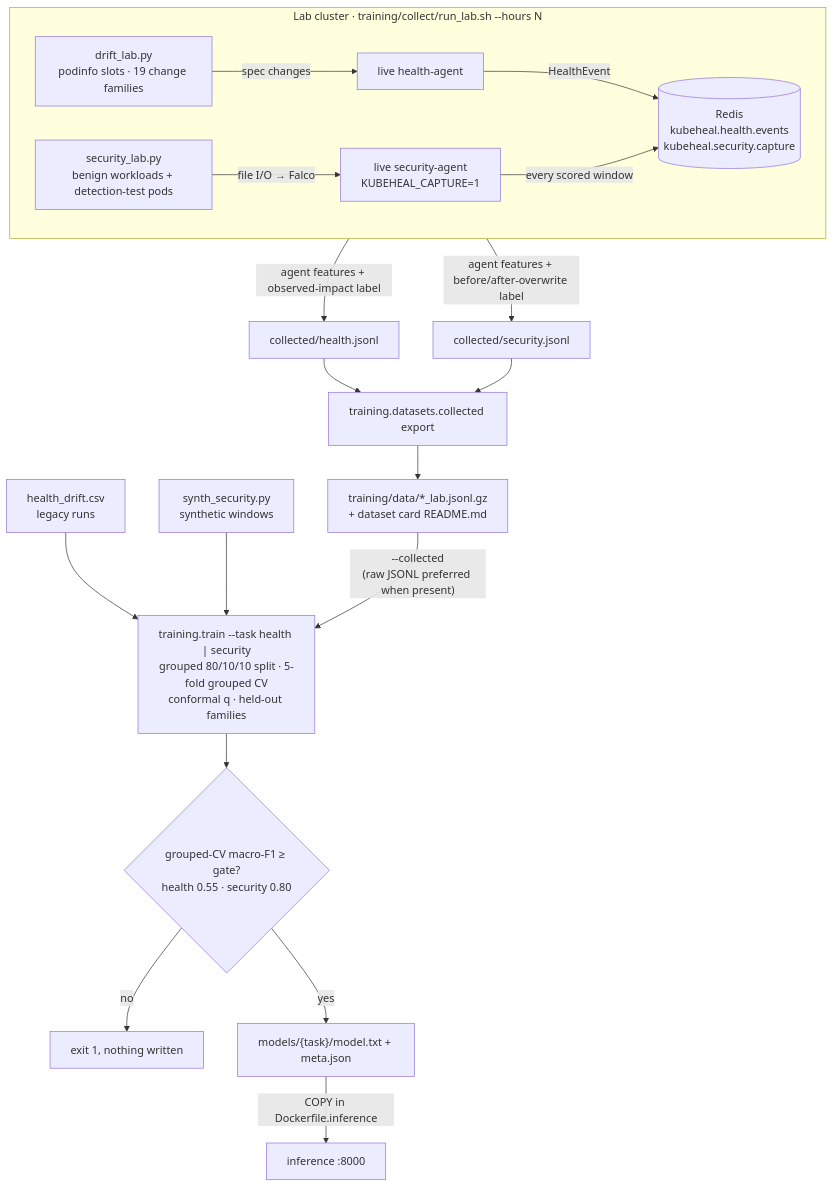
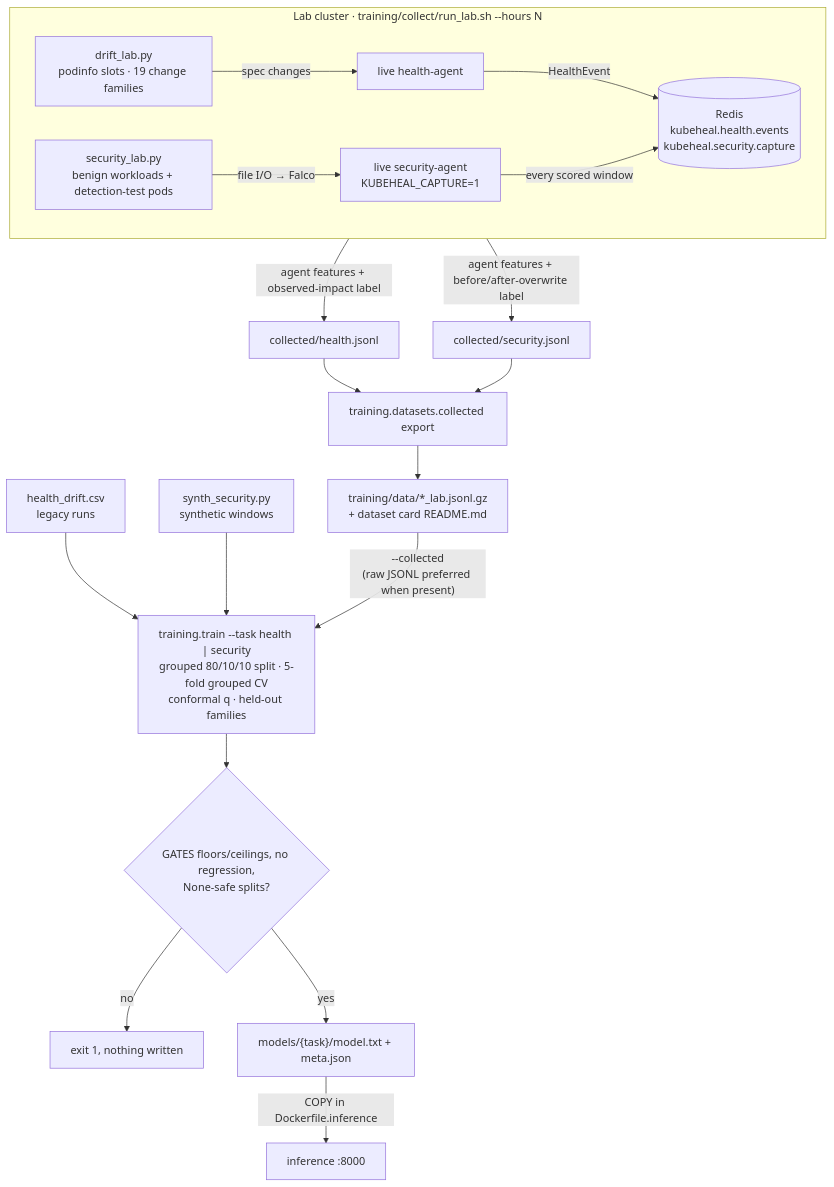
Before and after one commit to PRATHVI9607/Unisys_Model: the diagram in docs/models-and-data.md, drawn with Mermaid. The commit also changed other lines of this file and 25 other files, not shown here.

````diff
--- a/docs/models-and-data.md
+++ b/docs/models-and-data.md
@@ -21,24 +21,24 @@
 ```mermaid
 flowchart TD
   subgraph lab["Lab cluster · training/collect/run_lab.sh --hours N"]
     direction LR
     DL["drift_lab.py<br/>podinfo slots · 19 change families"] -- "spec changes" --> HAG["live health-agent"]
     SL["security_lab.py<br/>benign workloads + detection-test pods"] -- "file I/O → Falco" --> SAG["live security-agent<br/>KUBEHEAL_CAPTURE=1"]
     HAG -- "HealthEvent" --> RED[("Redis<br/>kubeheal.health.events<br/>kubeheal.security.capture")]
     SAG -- "every scored window" --> RED
   end
   RED -- "agent features + observed-impact label" --> HJ["collected/health.jsonl"]
   RED -- "agent features + before/after-overwrite label" --> SJ["collected/security.jsonl"]
   HJ --> EXP["training.datasets.collected export"]
   SJ --> EXP
   EXP --> GZ["training/data/*_lab.jsonl.gz<br/>+ dataset card README.md"]
 
   CSV["health_drift.csv<br/>legacy runs"] --> TR
   SYN["synth_security.py<br/>synthetic windows"] --> TR
   GZ -- "--collected<br/>(raw JSONL preferred when present)" --> TR
   TR["training.train --task health | security<br/>grouped 80/10/10 split · 5-fold grouped CV<br/>conformal q · held-out families"] --> GATE
-  GATE{"grouped-CV macro-F1 ≥ gate?<br/>health 0.55 · security 0.80"}
+  GATE{"GATES floors/ceilings, no regression,<br/>None-safe splits?"}
   GATE -- no --> FAIL["exit 1, nothing written"]
   GATE -- yes --> BUN["models/{task}/model.txt + meta.json"]
   BUN -- "COPY in Dockerfile.inference" --> INF["inference :8000"]
 ```
````
